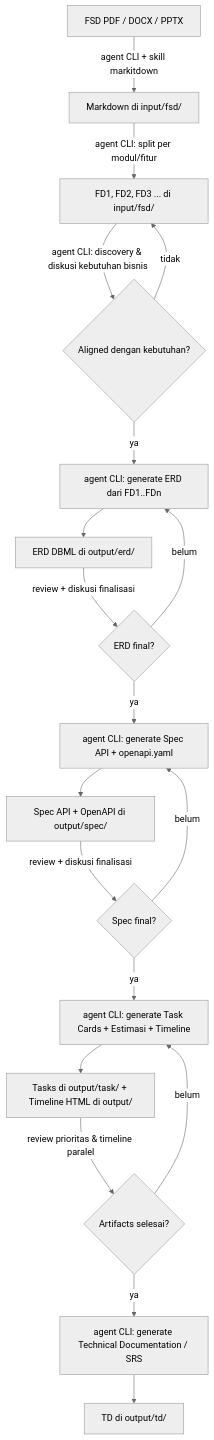
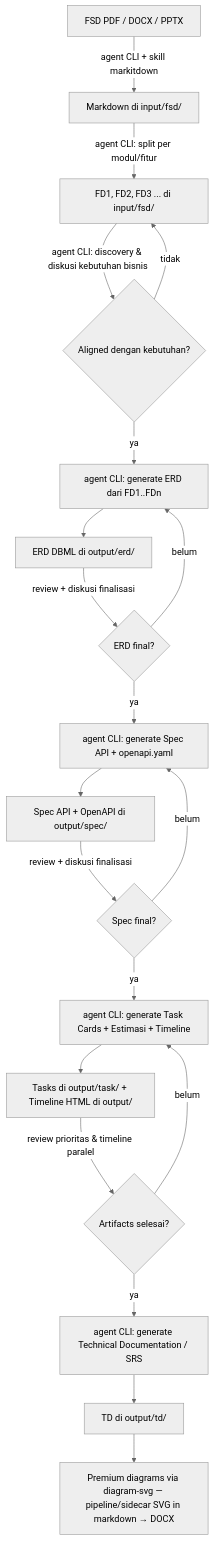
The diagram in docs/README.md (rogasper/onesist), drawn with Mermaid (neutral theme) before and after one commit. The commit also changed other lines of this file and 33 other files, not shown here.

Commit message:
feat: update docs and diagram-svg

````diff
--- a/docs/README.md
+++ b/docs/README.md
@@ -13,21 +13,22 @@
 ```mermaid
 flowchart TD
   A[FSD PDF / DOCX / PPTX] -->|agent CLI + skill markitdown| B[Markdown di input/fsd/]
   B -->|agent CLI: split per modul/fitur| C[FD1, FD2, FD3 ... di input/fsd/]
   C -->|agent CLI: discovery & diskusi kebutuhan bisnis| D{Aligned dengan kebutuhan?}
   D -- tidak --> C
   D -- ya --> E[agent CLI: generate ERD dari FD1..FDn]
   E --> F[ERD DBML di output/erd/]
   F -->|review + diskusi finalisasi| G{ERD final?}
   G -- belum --> E
   G -- ya --> H[agent CLI: generate Spec API + openapi.yaml]
   H --> I[Spec API + OpenAPI di output/spec/]
   I -->|review + diskusi finalisasi| J{Spec final?}
   J -- belum --> H
   J -- ya --> K[agent CLI: generate Task Cards + Estimasi + Timeline]
   K --> L[Tasks di output/task/ + Timeline HTML di output/]
   L -->|review prioritas & timeline paralel| M{Artifacts selesai?}
   M -- belum --> K
   M -- ya --> N[agent CLI: generate Technical Documentation / SRS]
   N --> O[TD di output/td/]
+  O --> P[Premium diagrams via diagram-svg — pipeline/sidecar SVG in markdown → DOCX]
 ```
````
